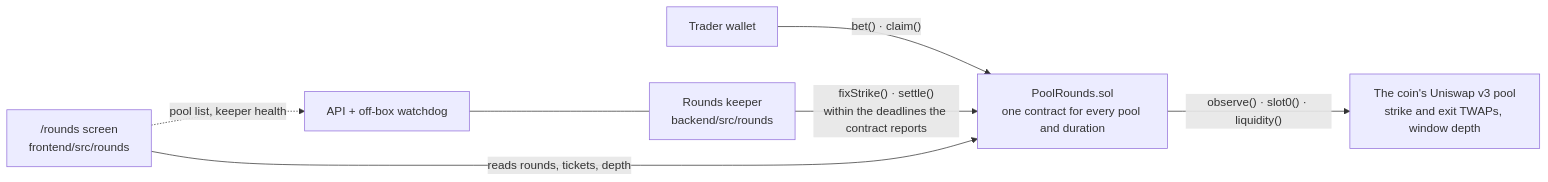
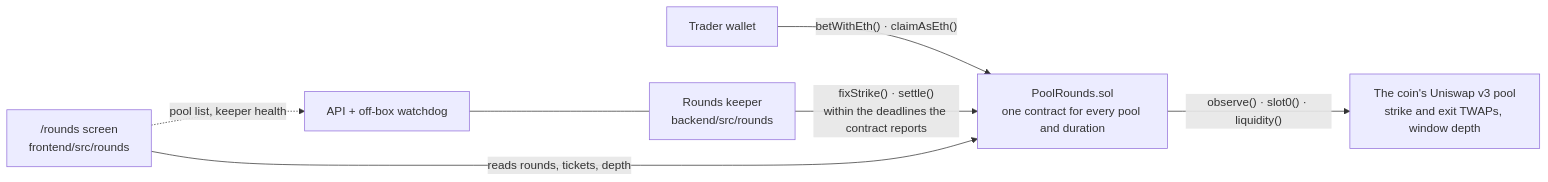
One commit to Sofiia7/memepred changed the diagram in README.md. Above: the diagram before and after it, drawn with Mermaid. The commit also changed other lines of this file and 24 other files, not shown here.

Commit message:
feat(rhc): publish desktop ETH rounds experience

````diff
--- a/README.md
+++ b/README.md
@@ -37,9 +37,9 @@
 ```mermaid
 flowchart LR
-  W["Trader wallet"] -- "bet() · claim()" --> R["PoolRounds.sol<br/>one contract for every pool and duration"]
+  W["Trader wallet"] -- "betWithEth() · claimAsEth()" --> R["PoolRounds.sol<br/>one contract for every pool and duration"]
   R -- "observe() · slot0() · liquidity()" --> P["The coin's Uniswap v3 pool<br/>strike and exit TWAPs, window depth"]
   K["Rounds keeper<br/>backend/src/rounds"] -- "fixStrike() · settle()<br/>within the deadlines the contract reports" --> R
   UI["/rounds screen<br/>frontend/src/rounds"] -- "reads rounds, tickets, depth" --> R
   UI -. "pool list, keeper health" .-> API["API + off-box watchdog"]
   API --- K
 ```
````
